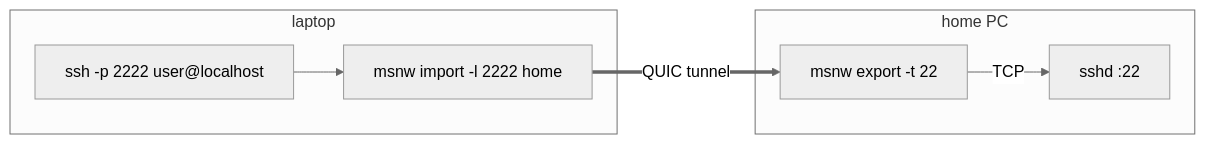
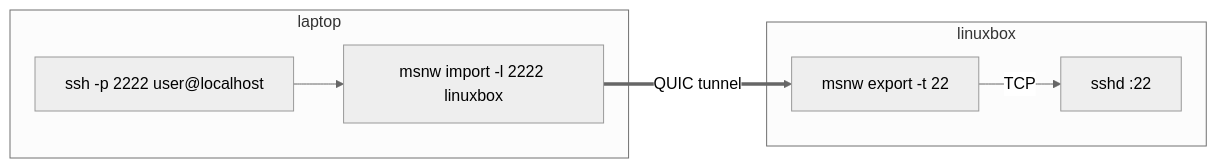
The third of 7 diagrams in README.md (ikeji/mysmallnetwork), drawn with Mermaid (neutral theme) before and after one commit. The commit also changed other lines of this file and 6 other files, not shown here.

First line of the commit message:
README: importer wording, linuxbox examples, export/import http.server example

````diff
--- a/README.md
+++ b/README.md
@@ -121,10 +125,10 @@
 ```mermaid
 flowchart LR
     subgraph laptop
-        s["ssh -p 2222 user@localhost"] --> im["msnw import -l 2222 home"]
+        s["ssh -p 2222 user@localhost"] --> im["msnw import -l 2222 linuxbox"]
     end
-    subgraph home["home PC"]
+    subgraph linuxbox
         ex["msnw export -t 22"] -->|TCP| sshd["sshd :22"]
     end
     im ==>|QUIC tunnel| ex
 ```
````
